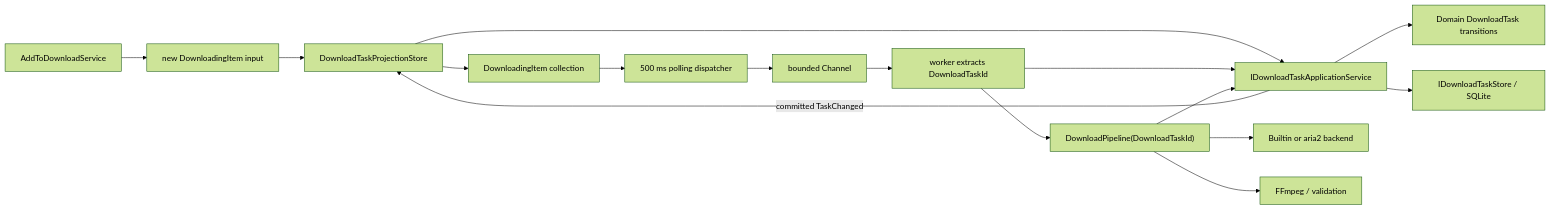
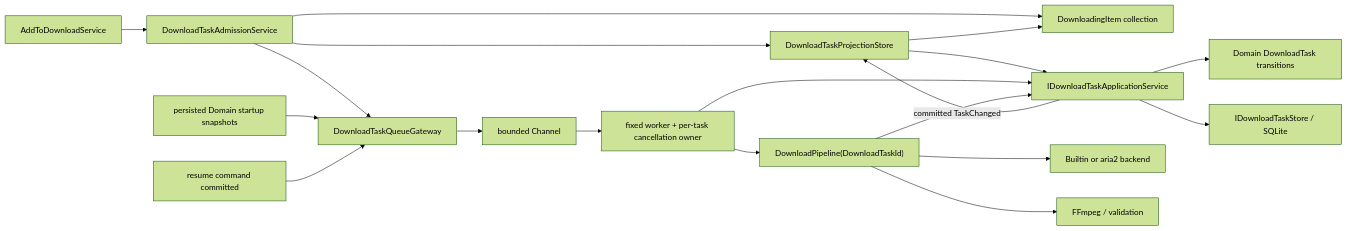
One commit to 403a/downkyicore changed the third of 4 diagrams in ARCHITECTURE.md. Above: the diagram before and after it, drawn with Mermaid (forest theme). The commit also changed other lines of this file and 14 other files, not shown here.

````diff
--- a/ARCHITECTURE.md
+++ b/ARCHITECTURE.md
@@ -88,18 +88,21 @@
 ```mermaid
 flowchart LR
-    Add["AddToDownloadService"] --> NewProjection["new DownloadingItem input"]
-    NewProjection --> Projection["DownloadTaskProjectionStore"]
+    Add["AddToDownloadService"] --> Admission["DownloadTaskAdmissionService"]
+    Admission --> Projection["DownloadTaskProjectionStore"]
+    Admission --> UiList["DownloadingItem collection"]
+    Admission --> QueueGateway["DownloadTaskQueueGateway"]
     Projection --> Commands["IDownloadTaskApplicationService"]
     Commands --> Domain["Domain DownloadTask transitions"]
     Commands --> Store["IDownloadTaskStore / SQLite"]
     Commands -->|"committed TaskChanged"| Projection
-    Projection --> UiList["DownloadingItem collection"]
-    UiList --> Poll["500 ms polling dispatcher"]
-    Poll --> Channel["bounded Channel<DownloadingItem>"]
-    Channel --> Worker["worker extracts DownloadTaskId"]
+    Projection --> UiList
+    Bootstrap["persisted Domain startup snapshots"] --> QueueGateway
+    Resume["resume command committed"] --> QueueGateway
+    QueueGateway --> Channel["bounded Channel<DownloadTaskId>"]
+    Channel --> Worker["fixed worker + per-task cancellation owner"]
     Worker --> Commands
     Worker --> Pipeline["DownloadPipeline(DownloadTaskId)"]
     Pipeline --> Backend["Builtin or aria2 backend"]
     Pipeline --> Ffmpeg["FFmpeg / validation"]
     Pipeline --> Commands
 ```
````
